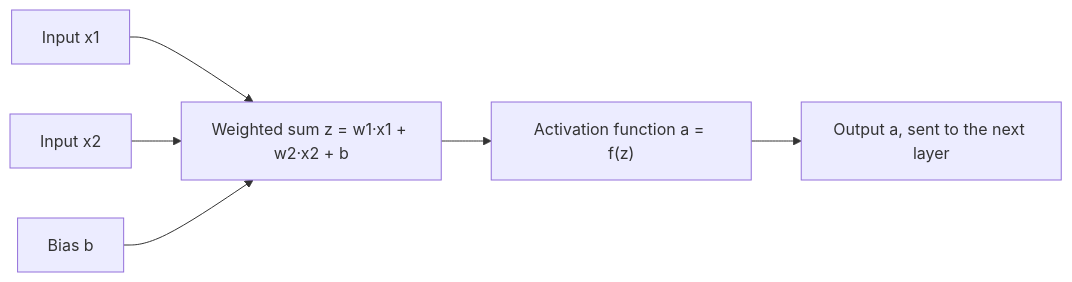
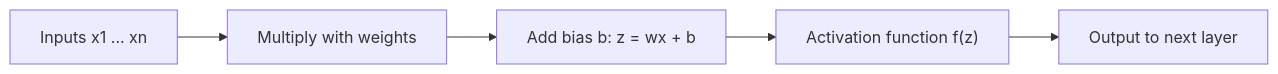
The first of 3 diagrams in content/deep-learning/notes/activation-functions.mdx (TrendySloth1001/sem-seven-notes), drawn with Mermaid before and after one commit. The commit also changed other lines of this file and 168 other files, not shown here.

Commit message:
Rewrite the Module 1, activation, loss and GAN notes and their 25 answers from the teachers' class files. They keep the teacher's definitions, use 80 of their figures with class-notes citations only, and fix the slide errors in the XOR, NAND, loss and KL formulas.

````diff
--- a/content/deep-learning/notes/activation-functions.mdx
+++ b/content/deep-learning/notes/activation-functions.mdx
@@ -73,9 +32,8 @@
 ```mermaid
-%% caption: One neuron. The weighted sum is a straight-line mix of the inputs. The activation function is the only bent, non-straight step.
+%% caption: Where the activation function sits inside one neuron.
 flowchart LR
-  X1["Input x1"] --> S["Weighted sum z = w1·x1 + w2·x2 + b"]
-  X2["Input x2"] --> S
-  B["Bias b"] --> S
-  S --> F["Activation function a = f(z)"]
-  F --> O["Output a, sent to the next layer"]
+  A["Inputs x1 ... xn"] --> B["Multiply with weights"]
+  B --> C["Add bias b: z = wx + b"]
+  C --> D["Activation function f(z)"]
+  D --> E["Output to next layer"]
 ```
````
